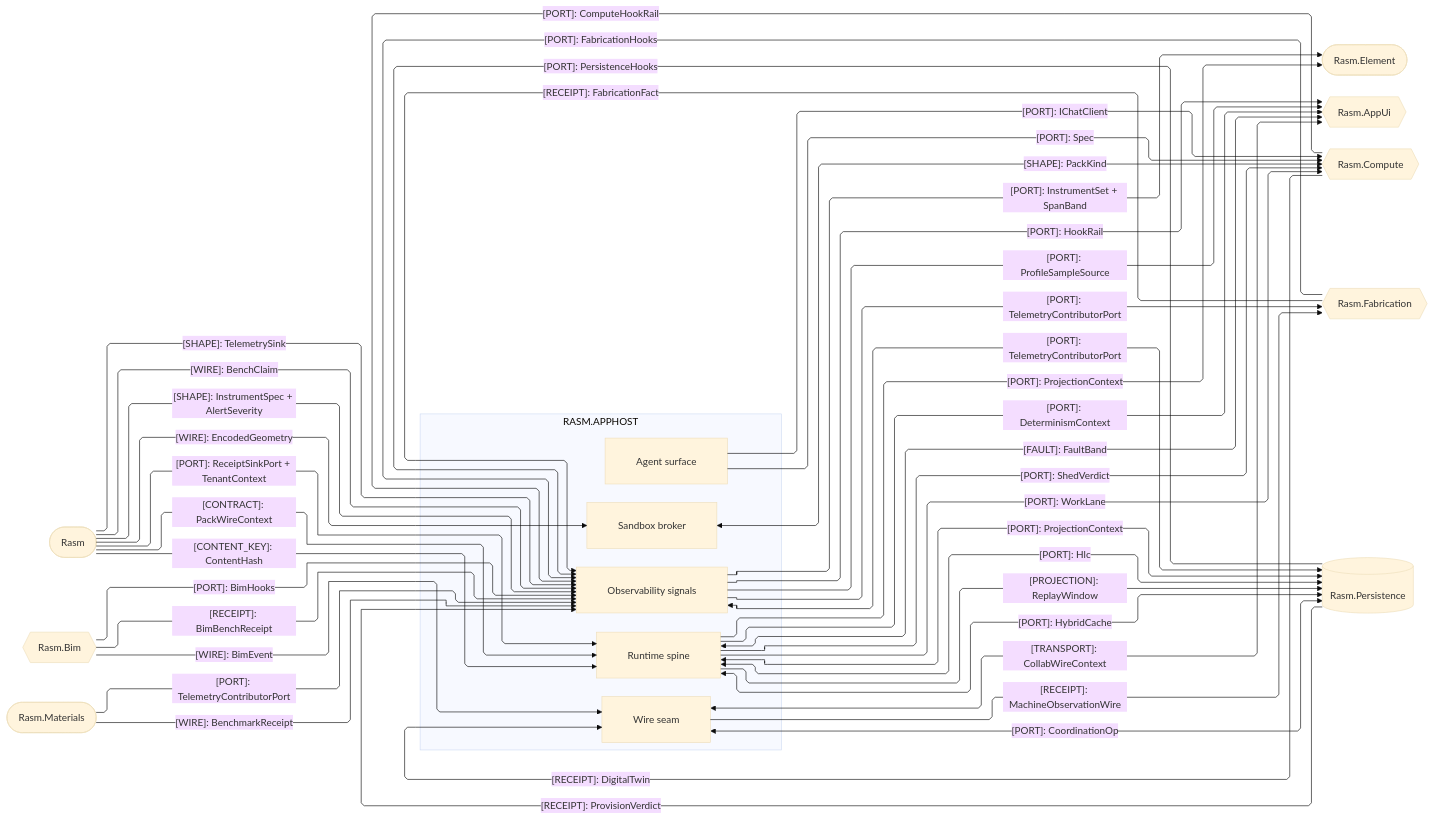
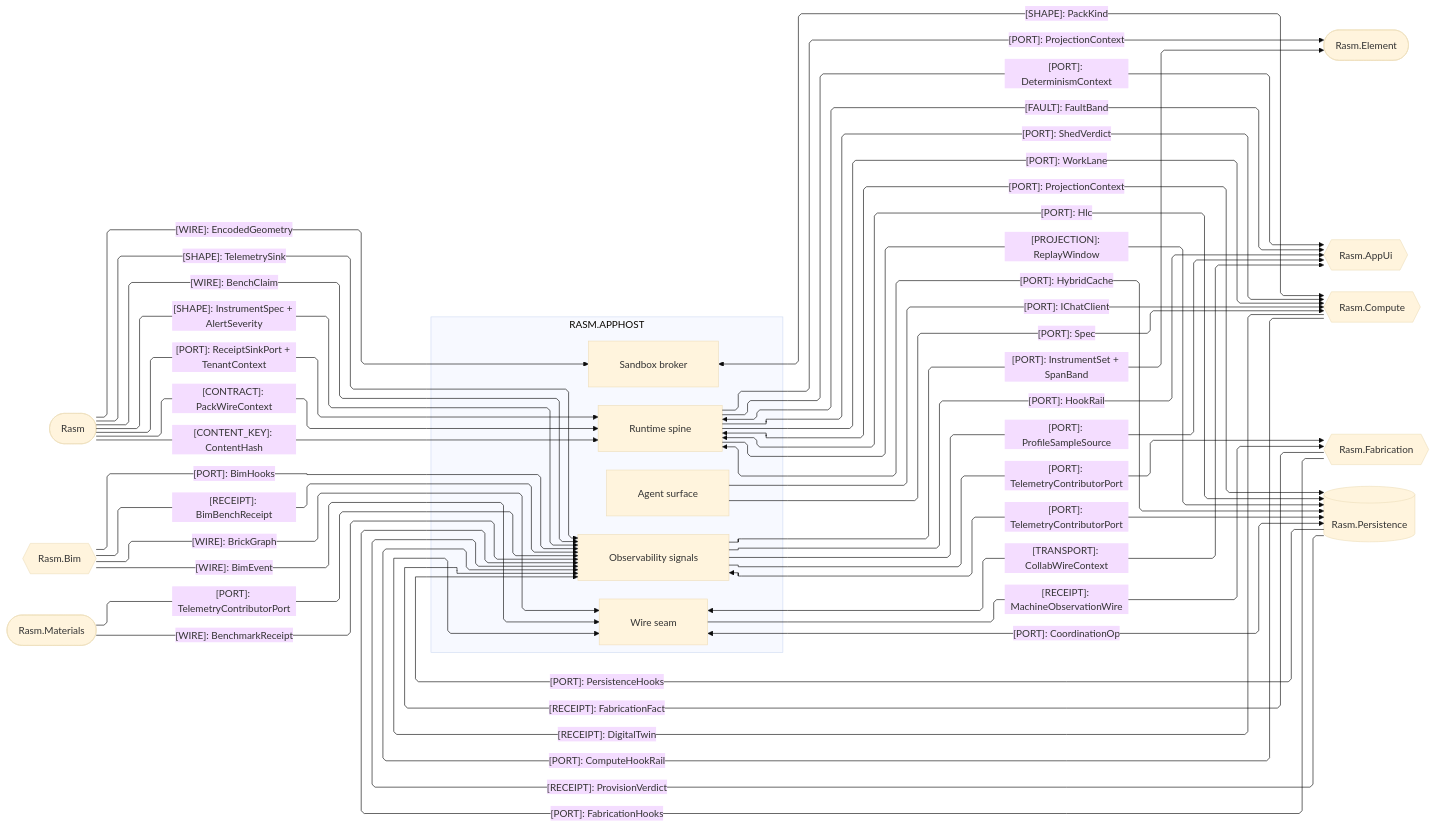
The third of 4 diagrams in libs/csharp/Rasm.AppHost/ARCHITECTURE.md (bsamiee/Rasm), drawn with Mermaid (base theme) before and after one commit. The commit also changed other lines of this file and 747 other files, not shown here.

````diff
--- a/libs/csharp/Rasm.AppHost/ARCHITECTURE.md
+++ b/libs/csharp/Rasm.AppHost/ARCHITECTURE.md
@@ -151,65 +151,66 @@
 ```mermaid
 ---
 config:
   layout: elk
   flowchart:
     curve: linear
     padding: 25
 ---
 flowchart LR
     accTitle: AppHost C# platform seams
     accDescr: AppHost sub-domain owners exchanging ports, shapes, wires, contracts, receipts, content keys, projections, transports, and faults with every C# peer, one edge per kind.
     subgraph apphost[RASM.APPHOST]
         Runtime[Runtime spine]
         Agent[Agent surface]
         Wire[Wire seam]
         Sandbox[Sandbox broker]
         Observability[Observability signals]
     end
     Kernel([Rasm])
     Bim{{Rasm.Bim}}
     Element([Rasm.Element])
     Materials([Rasm.Materials])
     AppUi{{Rasm.AppUi}}
     Compute{{Rasm.Compute}}
     Fabrication{{Rasm.Fabrication}}
     Persistence[(Rasm.Persistence)]
     Kernel -->|"[WIRE]: EncodedGeometry"| Sandbox
     Kernel e23@-->|"[SHAPE]: TelemetrySink"| Observability
     Kernel e24@-->|"[WIRE]: BenchClaim"| Observability
     Kernel e40@-->|"[SHAPE]: InstrumentSpec + AlertSeverity"| Observability
     Kernel e30@-->|"[CONTENT_KEY]: ContentHash"| Runtime
     Kernel e42@-->|"[CONTRACT]: PackWireContext"| Runtime
     Kernel e41@-->|"[PORT]: ReceiptSinkPort + TenantContext"| Runtime
     Bim e25@-->|"[PORT]: BimHooks"| Observability
     Bim e26@-->|"[RECEIPT]: BimBenchReceipt"| Observability
     Bim e39@-->|"[WIRE]: BimEvent"| Wire
+    Bim e43@-->|"[WIRE]: BrickGraph"| Wire
     Runtime e3@-->|"[PORT]: ProjectionContext"| Element
     Observability e31@-->|"[PORT]: InstrumentSet + SpanBand"| Element
     Materials e32@-->|"[PORT]: TelemetryContributorPort"| Observability
     Materials e33@-->|"[WIRE]: BenchmarkReceipt"| Observability
     Runtime -->|"[PORT]: DeterminismContext"| AppUi
     Runtime e6@<-->|"[PORT]: ProjectionContext"| Persistence
     Wire e8@<-->|"[PORT]: CoordinationOp"| Persistence
     Runtime e15@<-->|"[PORT]: Hlc"| Persistence
     Runtime e16@-->|"[PROJECTION]: ReplayWindow"| Persistence
     Runtime e17@<-->|"[PORT]: HybridCache"| Persistence
     Persistence e18@-->|"[RECEIPT]: ProvisionVerdict"| Observability
     Observability e14@<-->|"[PORT]: TelemetryContributorPort"| Persistence
     Persistence e34@-->|"[PORT]: PersistenceHooks"| Observability
     Observability e19@-->|"[PORT]: HookRail"| AppUi
     Runtime e20@<-->|"[FAULT]: FaultBand"| AppUi
     Observability e27@-->|"[PORT]: ProfileSampleSource"| AppUi
     Fabrication e21@-->|"[RECEIPT]: FabricationFact"| Observability
     Fabrication e35@-->|"[PORT]: FabricationHooks"| Observability
     Observability e22@-->|"[PORT]: TelemetryContributorPort"| Fabrication
     Wire e28@-->|"[RECEIPT]: MachineObservationWire"| Fabrication
     Runtime -->|"[PORT]: ShedVerdict"| Compute
     Runtime e36@-->|"[PORT]: WorkLane"| Compute
     Agent -->|"[PORT]: IChatClient"| Compute
     Agent -->|"[PORT]: Spec"| Compute
     Compute e37@-->|"[PORT]: ComputeHookRail"| Observability
     Compute e38@-->|"[RECEIPT]: DigitalTwin"| Wire
     Wire e29@<-->|"[TRANSPORT]: CollabWireContext"| AppUi
     Sandbox <-->|"[SHAPE]: PackKind"| Compute
 ```
````
